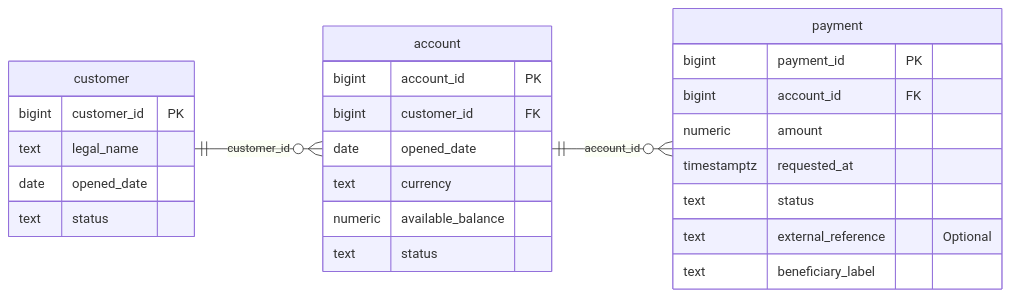
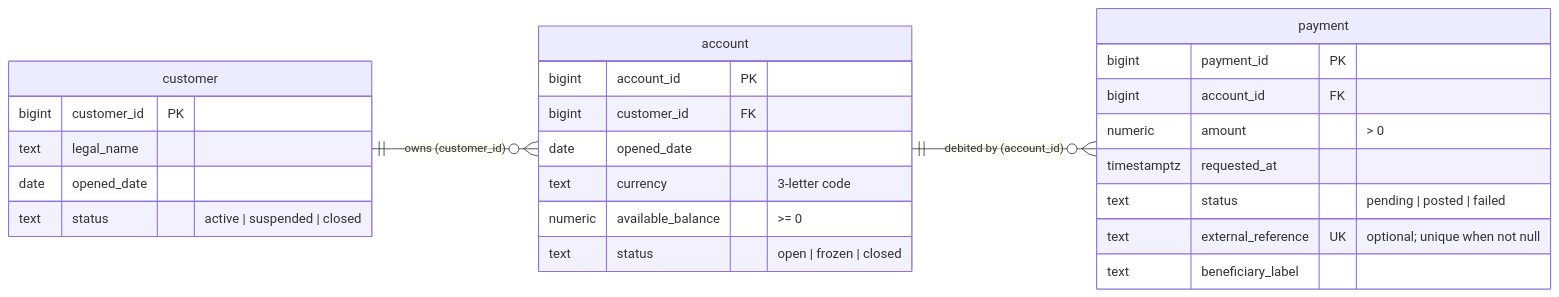
Before and after one commit to Oziichukwu/Ukaegbu_Goodnews_301923986: the diagram in portfolio-1-database-design/Ukaegbu_Goodnews_301923986_P1_ERDiagram.md, drawn with Mermaid. The commit also changed other lines of this file and 12 other files, not shown here.

Commit message:
Add status and currency checks, foreign-key indexes, fuller sample data and lossless-join check

````diff
--- a/portfolio-1-database-design/Ukaegbu_Goodnews_301923986_P1_ERDiagram.md
+++ b/portfolio-1-database-design/Ukaegbu_Goodnews_301923986_P1_ERDiagram.md
@@ -3,29 +3,29 @@
 ```mermaid
 erDiagram
     direction LR
     customer {
         bigint customer_id PK
         text legal_name
         date opened_date
-        text status
+        text status "active | suspended | closed"
     }
     account {
         bigint account_id PK
         bigint customer_id FK
         date opened_date
-        text currency
-        numeric available_balance
-        text status
+        text currency "3-letter code"
+        numeric available_balance ">= 0"
+        text status "open | frozen | closed"
     }
     payment {
         bigint payment_id PK
         bigint account_id FK
-        numeric amount
+        numeric amount "> 0"
         timestamptz requested_at
-        text status
-        text external_reference "Optional"
+        text status "pending | posted | failed"
+        text external_reference UK "optional; unique when not null"
         text beneficiary_label
     }
-    customer ||--o{ account : "customer_id"
-    account ||--o{ payment : "account_id"
+    customer ||--o{ account : "owns (customer_id)"
+    account ||--o{ payment : "debited by (account_id)"
 ```
````
